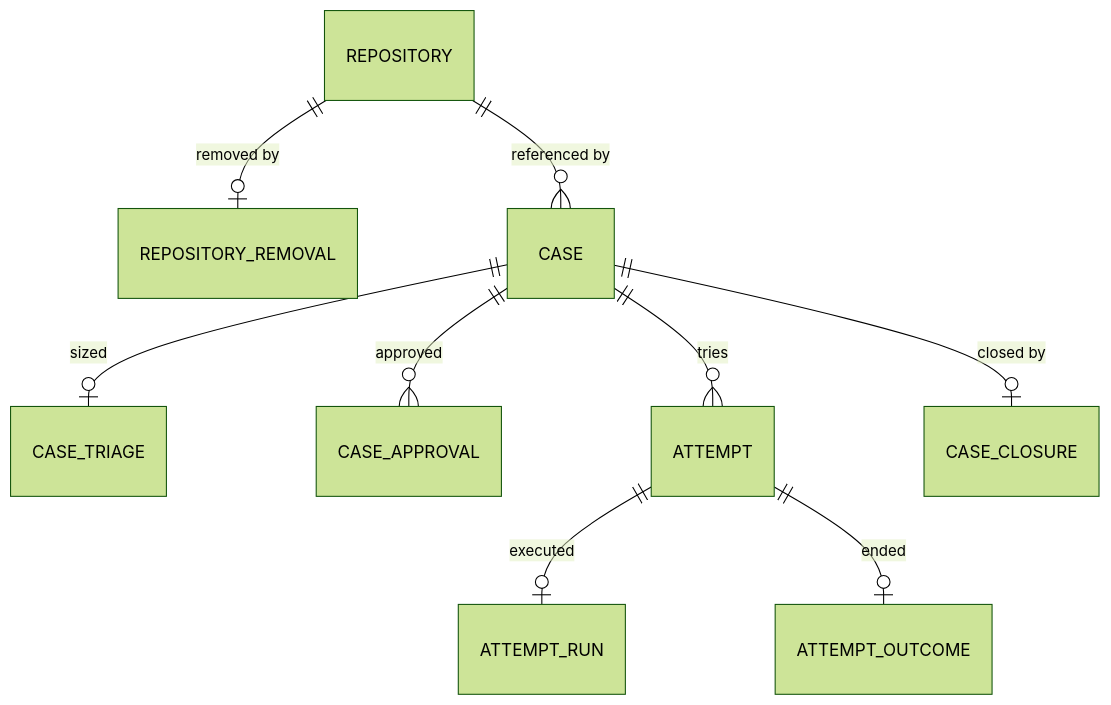
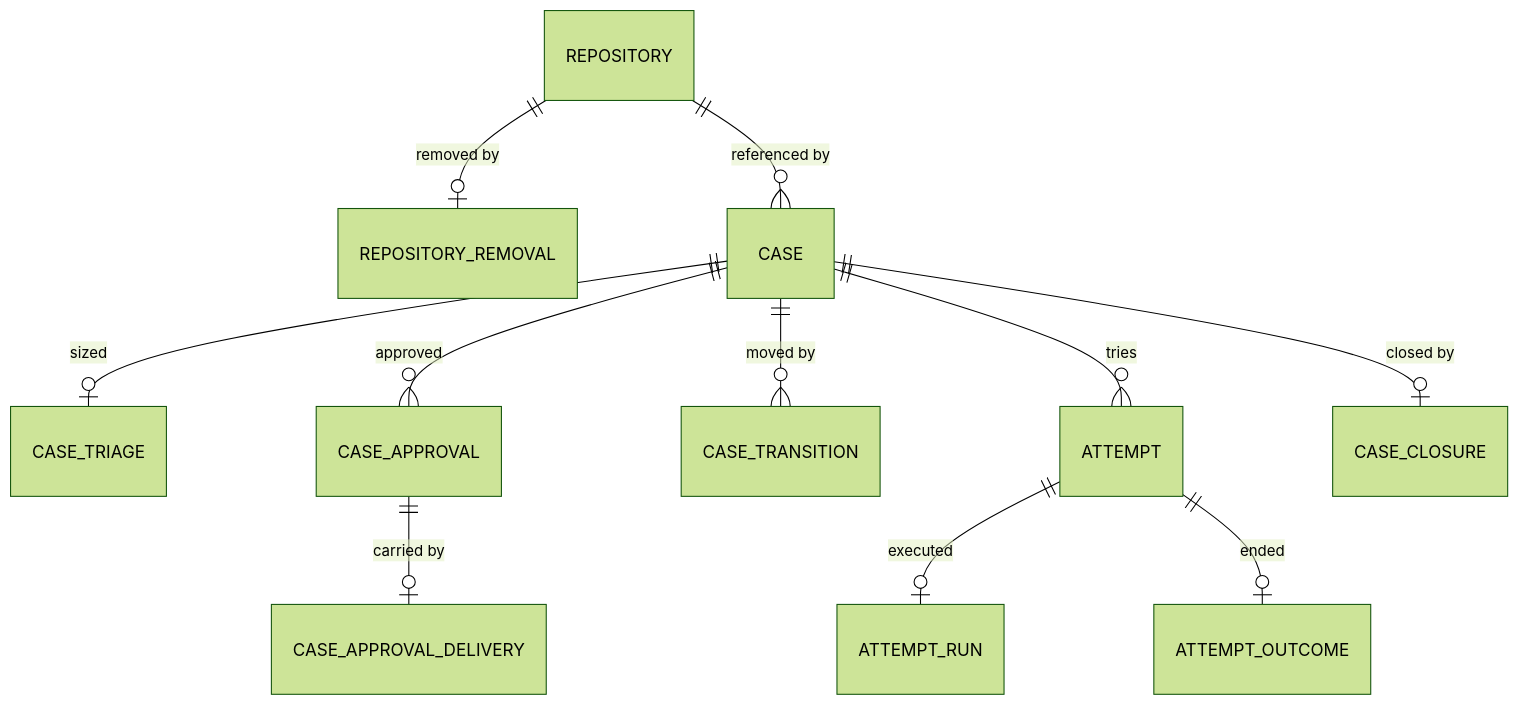
One commit to guygrigsby/autophage changed the third of 4 diagrams in docs/specs/2026-09-04-autophage-domain-model.md. Above: the diagram before and after it, drawn with Mermaid (forest theme). The commit also changed other lines of this file and 2 other files, not shown here.

````diff
--- a/docs/specs/2026-09-04-autophage-domain-model.md
+++ b/docs/specs/2026-09-04-autophage-domain-model.md
@@ -378,11 +425,13 @@
 ```mermaid
 erDiagram
     REPOSITORY ||--o| REPOSITORY_REMOVAL : "removed by"
     REPOSITORY ||--o{ CASE : "referenced by"
     CASE ||--o| CASE_TRIAGE : sized
     CASE ||--o{ CASE_APPROVAL : approved
+    CASE_APPROVAL ||--o| CASE_APPROVAL_DELIVERY : "carried by"
+    CASE ||--o{ CASE_TRANSITION : "moved by"
     CASE ||--o{ ATTEMPT : tries
     CASE ||--o| CASE_CLOSURE : "closed by"
     ATTEMPT ||--o| ATTEMPT_RUN : executed
     ATTEMPT ||--o| ATTEMPT_OUTCOME : ended
 ```
````
